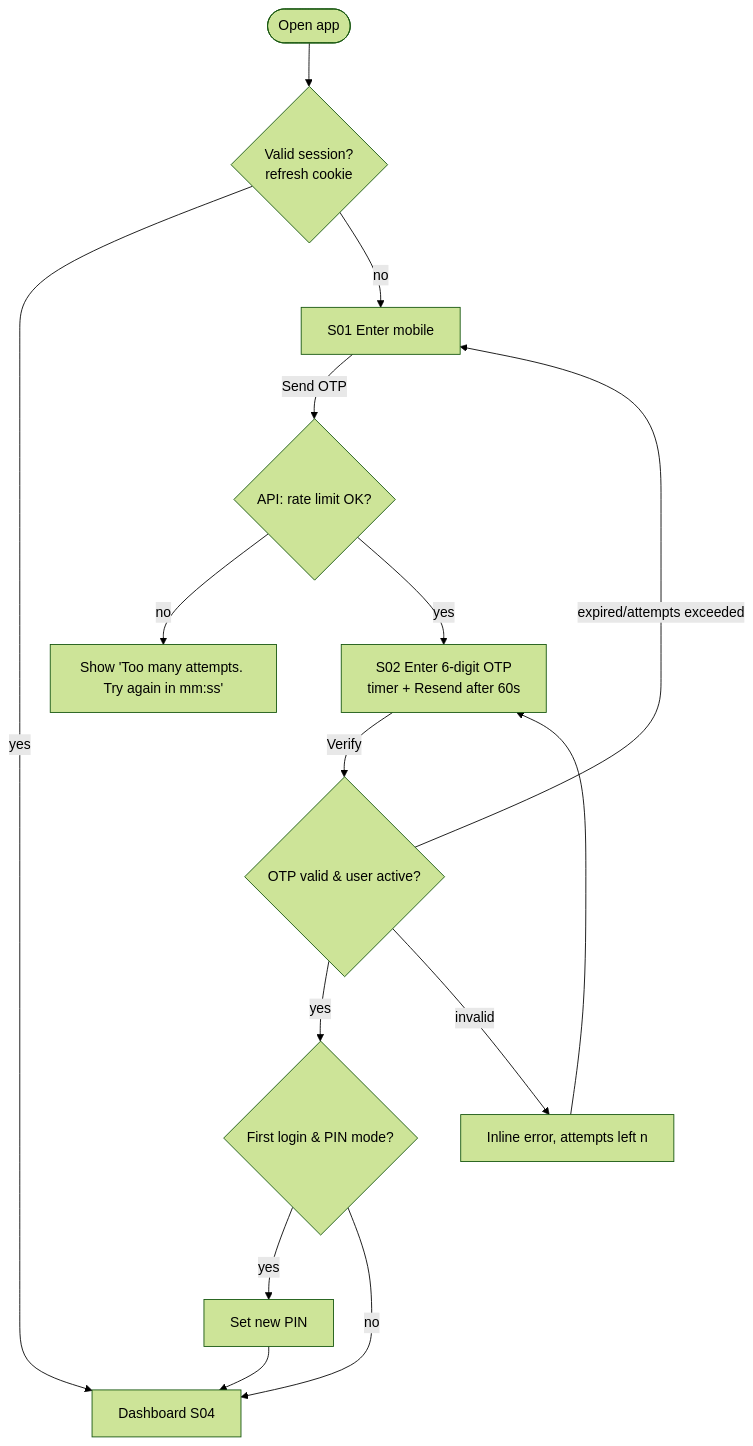
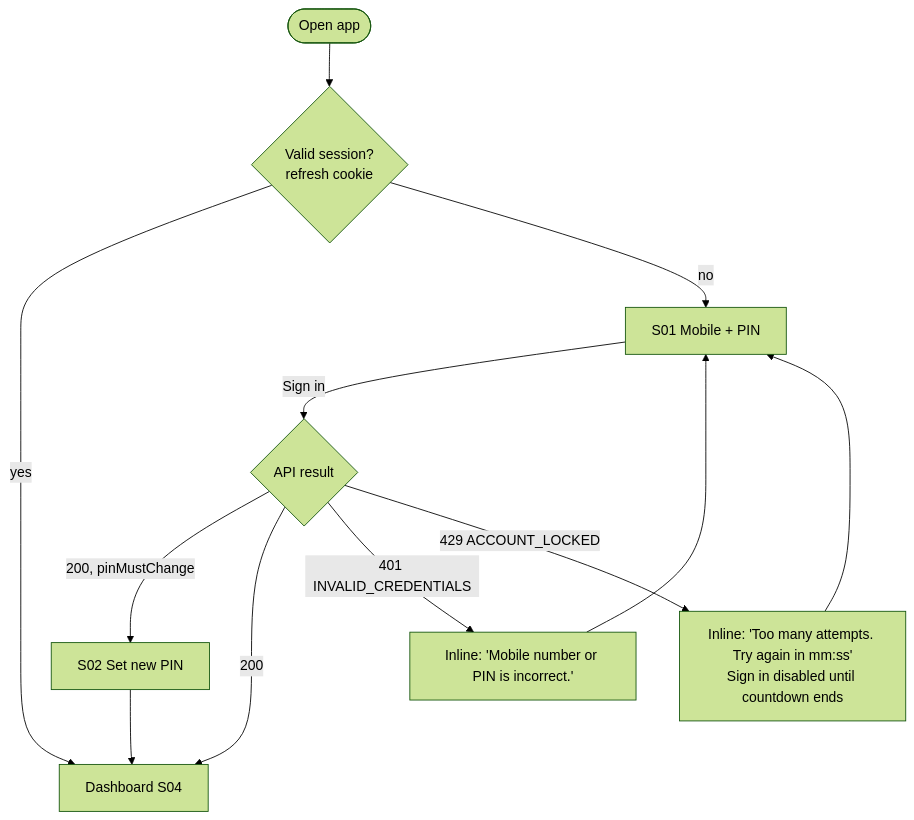
The first of 4 diagrams in docs/02-App-Flow.md (abbasashaikh/FundLedger---Generic-Fund-Transaction-Management), drawn with Mermaid (forest theme) before and after one commit. The commit also changed other lines of this file and 11 other files, not shown here.

First line of the commit message:
Apply product owner decisions (07-Oct-2026) to docs and schema

````diff
--- a/docs/02-App-Flow.md
+++ b/docs/02-App-Flow.md
@@ -120,16 +122,11 @@
 ```mermaid
 flowchart TD
   A([Open app]) --> B{Valid session?<br/>refresh cookie}
   B -- yes --> D[Dashboard S04]
-  B -- no --> L1[S01 Enter mobile]
-  L1 -->|Send OTP| C{API: rate limit OK?}
-  C -- no --> L1e[Show 'Too many attempts. Try again in mm:ss']
-  C -- yes --> L2[S02 Enter 6-digit OTP<br/>timer + Resend after 60s]
-  L2 -->|Verify| V{OTP valid & user active?}
-  V -- yes --> F{First login & PIN mode?}
-  F -- yes --> P[Set new PIN] --> D
-  F -- no --> D
-  V -- invalid --> L2x[Inline error, attempts left n]
-  L2x --> L2
-  V -- expired/attempts exceeded --> L1
+  B -- no --> L1[S01 Mobile + PIN]
+  L1 -->|Sign in| V{API result}
+  V -- 200, pinMustChange --> P[S02 Set new PIN] --> D
+  V -- 200 --> D
+  V -- 401 INVALID_CREDENTIALS --> E1[Inline: 'Mobile number or PIN is incorrect.'] --> L1
+  V -- 429 ACCOUNT_LOCKED --> E2[Inline: 'Too many attempts. Try again in mm:ss'<br/>Sign in disabled until countdown ends] --> L1
 ```
````
